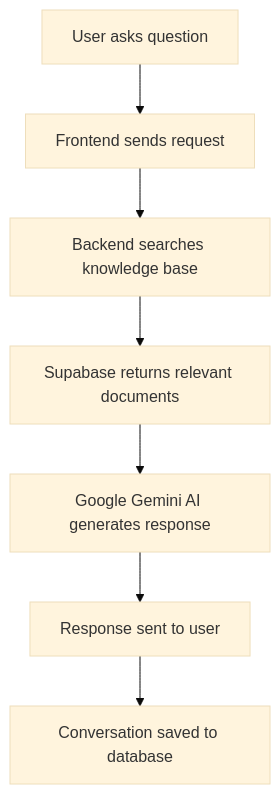
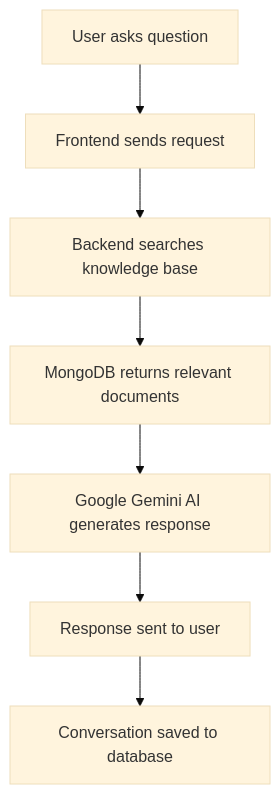
One commit to yashdew3/ai-chatbot changed the diagram in README.md. Above: the diagram before and after it, drawn with Mermaid (base theme). The commit also changed other lines of this file, not shown here.

````diff
--- a/README.md
+++ b/README.md
@@ -69,9 +69,9 @@
 ```mermaid
 graph TD
     A[User asks question] --> B[Frontend sends request]
     B --> C[Backend searches knowledge base]
-    C --> D[Supabase returns relevant documents]
+    C --> D[MongoDB returns relevant documents]
     D --> E[Google Gemini AI generates response]
     E --> F[Response sent to user]
     F --> G[Conversation saved to database]
 ```
````
